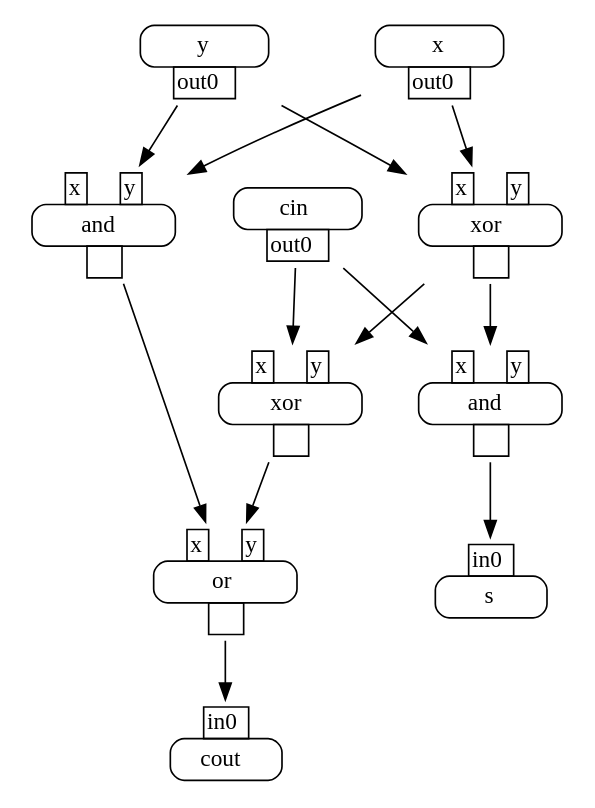
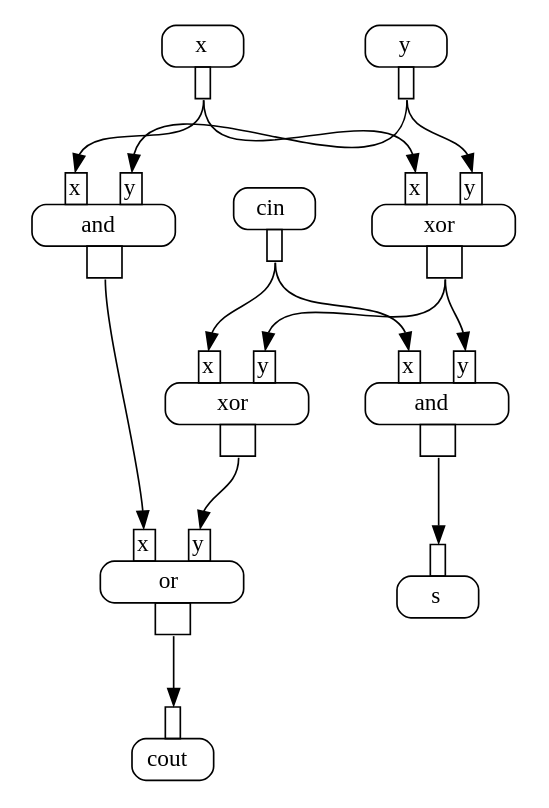
One commit to akuczala/cat-circuits changed the diagram in graphs/test5.gv. Above: the diagram before and after it, drawn with Graphviz. The commit also changed 2 other files, not shown here.

Commit message:
better port names

```diff
--- a/graphs/test5.gv
+++ b/graphs/test5.gv
@@ -1,54 +1,54 @@
 digraph {
     n0 [shape=plaintext
-       ,label=<<TABLE BORDER="0" CELLBORDER="0" CELLSPACING="0" CELLPADDING="0"><TR><TD><TABLE BORDER="0" CELLBORDER="0" CELLSPACING="0" CELLPADDING="0"><TR><TD WIDTH="20"></TD> <TD PORT="in0" BORDER="1" CELLPADDING="1">in0</TD> <TD WIDTH="20"></TD></TR></TABLE></TD></TR>
+       ,label=<<TABLE BORDER="0" CELLBORDER="0" CELLSPACING="0" CELLPADDING="0"><TR><TD><TABLE BORDER="0" CELLBORDER="0" CELLSPACING="0" CELLPADDING="0"><TR><TD WIDTH="20"></TD> <TD PORT="in0" BORDER="1" CELLPADDING="1"> </TD> <TD WIDTH="20"></TD></TR></TABLE></TD></TR>
                                                                                 <TR><TD BORDER="1" CELLPADDING="4" STYLE="ROUNDED">cout</TD></TR>
                                                                                 <TR><TD><TABLE BORDER="0" CELLBORDER="0" CELLSPACING="0" CELLPADDING="0"><TR><TD WIDTH="20"></TD> <TD WIDTH="20"></TD></TR></TABLE></TD></TR></TABLE>>];
     n1 [shape=plaintext
-       ,label=<<TABLE BORDER="0" CELLBORDER="0" CELLSPACING="0" CELLPADDING="0"><TR><TD><TABLE BORDER="0" CELLBORDER="0" CELLSPACING="0" CELLPADDING="0"><TR><TD WIDTH="20"></TD> <TD PORT="in0" BORDER="1" CELLPADDING="1">in0</TD> <TD WIDTH="20"></TD></TR></TABLE></TD></TR>
+       ,label=<<TABLE BORDER="0" CELLBORDER="0" CELLSPACING="0" CELLPADDING="0"><TR><TD><TABLE BORDER="0" CELLBORDER="0" CELLSPACING="0" CELLPADDING="0"><TR><TD WIDTH="20"></TD> <TD PORT="in0" BORDER="1" CELLPADDING="1"> </TD> <TD WIDTH="20"></TD></TR></TABLE></TD></TR>
                                                                                 <TR><TD BORDER="1" CELLPADDING="4" STYLE="ROUNDED">s</TD></TR>
                                                                                 <TR><TD><TABLE BORDER="0" CELLBORDER="0" CELLSPACING="0" CELLPADDING="0"><TR><TD WIDTH="20"></TD> <TD WIDTH="20"></TD></TR></TABLE></TD></TR></TABLE>>];
     n2 [shape=plaintext
        ,label=<<TABLE BORDER="0" CELLBORDER="0" CELLSPACING="0" CELLPADDING="0"><TR><TD><TABLE BORDER="0" CELLBORDER="0" CELLSPACING="0" CELLPADDING="0"><TR><TD WIDTH="20"></TD> <TD PORT="in0" BORDER="1" CELLPADDING="1">x</TD> <TD WIDTH="20"></TD> <TD PORT="in1" BORDER="1" CELLPADDING="1">y</TD> <TD WIDTH="20"></TD></TR></TABLE></TD></TR>
                                                                                 <TR><TD BORDER="1" CELLPADDING="4" STYLE="ROUNDED">or</TD></TR>
                                                                                 <TR><TD><TABLE BORDER="0" CELLBORDER="0" CELLSPACING="0" CELLPADDING="0"><TR><TD WIDTH="20"></TD> <TD PORT="out0" BORDER="1" CELLPADDING="1"> </TD> <TD WIDTH="20"></TD></TR></TABLE></TD></TR></TABLE>>];
     n3 [shape=plaintext
        ,label=<<TABLE BORDER="0" CELLBORDER="0" CELLSPACING="0" CELLPADDING="0"><TR><TD><TABLE BORDER="0" CELLBORDER="0" CELLSPACING="0" CELLPADDING="0"><TR><TD WIDTH="20"></TD> <TD PORT="in0" BORDER="1" CELLPADDING="1">x</TD> <TD WIDTH="20"></TD> <TD PORT="in1" BORDER="1" CELLPADDING="1">y</TD> <TD WIDTH="20"></TD></TR></TABLE></TD></TR>
                                                                                 <TR><TD BORDER="1" CELLPADDING="4" STYLE="ROUNDED">and</TD></TR>
                                                                                 <TR><TD><TABLE BORDER="0" CELLBORDER="0" CELLSPACING="0" CELLPADDING="0"><TR><TD WIDTH="20"></TD> <TD PORT="out0" BORDER="1" CELLPADDING="1"> </TD> <TD WIDTH="20"></TD></TR></TABLE></TD></TR></TABLE>>];
     n4 [shape=plaintext
        ,label=<<TABLE BORDER="0" CELLBORDER="0" CELLSPACING="0" CELLPADDING="0"><TR><TD><TABLE BORDER="0" CELLBORDER="0" CELLSPACING="0" CELLPADDING="0"><TR><TD WIDTH="20"></TD> <TD PORT="in0" BORDER="1" CELLPADDING="1">x</TD> <TD WIDTH="20"></TD> <TD PORT="in1" BORDER="1" CELLPADDING="1">y</TD> <TD WIDTH="20"></TD></TR></TABLE></TD></TR>
                                                                                 <TR><TD BORDER="1" CELLPADDING="4" STYLE="ROUNDED">xor</TD></TR>
                                                                                 <TR><TD><TABLE BORDER="0" CELLBORDER="0" CELLSPACING="0" CELLPADDING="0"><TR><TD WIDTH="20"></TD> <TD PORT="out0" BORDER="1" CELLPADDING="1"> </TD> <TD WIDTH="20"></TD></TR></TABLE></TD></TR></TABLE>>];
     n5 [shape=plaintext
        ,label=<<TABLE BORDER="0" CELLBORDER="0" CELLSPACING="0" CELLPADDING="0"><TR><TD><TABLE BORDER="0" CELLBORDER="0" CELLSPACING="0" CELLPADDING="0"><TR><TD WIDTH="20"></TD> <TD PORT="in0" BORDER="1" CELLPADDING="1">x</TD> <TD WIDTH="20"></TD> <TD PORT="in1" BORDER="1" CELLPADDING="1">y</TD> <TD WIDTH="20"></TD></TR></TABLE></TD></TR>
                                                                                 <TR><TD BORDER="1" CELLPADDING="4" STYLE="ROUNDED">and</TD></TR>
                                                                                 <TR><TD><TABLE BORDER="0" CELLBORDER="0" CELLSPACING="0" CELLPADDING="0"><TR><TD WIDTH="20"></TD> <TD PORT="out0" BORDER="1" CELLPADDING="1"> </TD> <TD WIDTH="20"></TD></TR></TABLE></TD></TR></TABLE>>];
     n6 [shape=plaintext
        ,label=<<TABLE BORDER="0" CELLBORDER="0" CELLSPACING="0" CELLPADDING="0"><TR><TD><TABLE BORDER="0" CELLBORDER="0" CELLSPACING="0" CELLPADDING="0"><TR><TD WIDTH="20"></TD> <TD PORT="in0" BORDER="1" CELLPADDING="1">x</TD> <TD WIDTH="20"></TD> <TD PORT="in1" BORDER="1" CELLPADDING="1">y</TD> <TD WIDTH="20"></TD></TR></TABLE></TD></TR>
                                                                                 <TR><TD BORDER="1" CELLPADDING="4" STYLE="ROUNDED">xor</TD></TR>
                                                                                 <TR><TD><TABLE BORDER="0" CELLBORDER="0" CELLSPACING="0" CELLPADDING="0"><TR><TD WIDTH="20"></TD> <TD PORT="out0" BORDER="1" CELLPADDING="1"> </TD> <TD WIDTH="20"></TD></TR></TABLE></TD></TR></TABLE>>];
     n7 [shape=plaintext
        ,label=<<TABLE BORDER="0" CELLBORDER="0" CELLSPACING="0" CELLPADDING="0"><TR><TD><TABLE BORDER="0" CELLBORDER="0" CELLSPACING="0" CELLPADDING="0"><TR><TD WIDTH="20"></TD> <TD WIDTH="20"></TD></TR></TABLE></TD></TR>
                                                                                 <TR><TD BORDER="1" CELLPADDING="4" STYLE="ROUNDED">y</TD></TR>
-                                                                                <TR><TD><TABLE BORDER="0" CELLBORDER="0" CELLSPACING="0" CELLPADDING="0"><TR><TD WIDTH="20"></TD> <TD PORT="out0" BORDER="1" CELLPADDING="1">out0</TD> <TD WIDTH="20"></TD></TR></TABLE></TD></TR></TABLE>>];
+                                                                                <TR><TD><TABLE BORDER="0" CELLBORDER="0" CELLSPACING="0" CELLPADDING="0"><TR><TD WIDTH="20"></TD> <TD PORT="out0" BORDER="1" CELLPADDING="1"> </TD> <TD WIDTH="20"></TD></TR></TABLE></TD></TR></TABLE>>];
     n8 [shape=plaintext
        ,label=<<TABLE BORDER="0" CELLBORDER="0" CELLSPACING="0" CELLPADDING="0"><TR><TD><TABLE BORDER="0" CELLBORDER="0" CELLSPACING="0" CELLPADDING="0"><TR><TD WIDTH="20"></TD> <TD WIDTH="20"></TD></TR></TABLE></TD></TR>
                                                                                 <TR><TD BORDER="1" CELLPADDING="4" STYLE="ROUNDED">x</TD></TR>
-                                                                                <TR><TD><TABLE BORDER="0" CELLBORDER="0" CELLSPACING="0" CELLPADDING="0"><TR><TD WIDTH="20"></TD> <TD PORT="out0" BORDER="1" CELLPADDING="1">out0</TD> <TD WIDTH="20"></TD></TR></TABLE></TD></TR></TABLE>>];
+                                                                                <TR><TD><TABLE BORDER="0" CELLBORDER="0" CELLSPACING="0" CELLPADDING="0"><TR><TD WIDTH="20"></TD> <TD PORT="out0" BORDER="1" CELLPADDING="1"> </TD> <TD WIDTH="20"></TD></TR></TABLE></TD></TR></TABLE>>];
     n9 [shape=plaintext
        ,label=<<TABLE BORDER="0" CELLBORDER="0" CELLSPACING="0" CELLPADDING="0"><TR><TD><TABLE BORDER="0" CELLBORDER="0" CELLSPACING="0" CELLPADDING="0"><TR><TD WIDTH="20"></TD> <TD WIDTH="20"></TD></TR></TABLE></TD></TR>
                                                                                 <TR><TD BORDER="1" CELLPADDING="4" STYLE="ROUNDED">cin</TD></TR>
-                                                                                <TR><TD><TABLE BORDER="0" CELLBORDER="0" CELLSPACING="0" CELLPADDING="0"><TR><TD WIDTH="20"></TD> <TD PORT="out0" BORDER="1" CELLPADDING="1">out0</TD> <TD WIDTH="20"></TD></TR></TABLE></TD></TR></TABLE>>];
-    n2 -> n0;
-    n3 -> n1;
-    n5 -> n2;
-    n4 -> n2;
-    n9 -> n4;
-    n9 -> n3;
-    n6 -> n4;
-    n6 -> n3;
-    n8 -> n6;
-    n8 -> n5;
-    n7 -> n6;
-    n7 -> n5;
+                                                                                <TR><TD><TABLE BORDER="0" CELLBORDER="0" CELLSPACING="0" CELLPADDING="0"><TR><TD WIDTH="20"></TD> <TD PORT="out0" BORDER="1" CELLPADDING="1"> </TD> <TD WIDTH="20"></TD></TR></TABLE></TD></TR></TABLE>>];
+    n2:out0 -> n0:in0;
+    n3:out0 -> n1:in0;
+    n5:out0 -> n2:in0;
+    n4:out0 -> n2:in1;
+    n9:out0 -> n4:in0;
+    n9:out0 -> n3:in0;
+    n6:out0 -> n4:in1;
+    n6:out0 -> n3:in1;
+    n8:out0 -> n6:in0;
+    n8:out0 -> n5:in0;
+    n7:out0 -> n6:in1;
+    n7:out0 -> n5:in1;
 }
```
